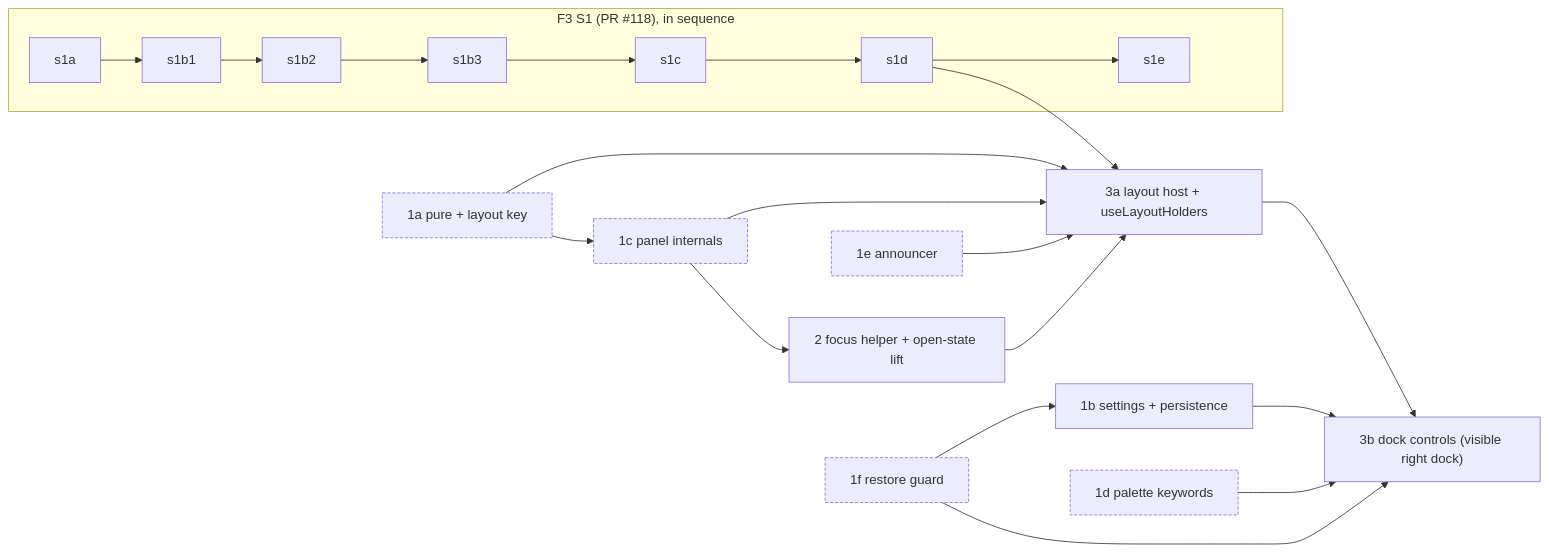
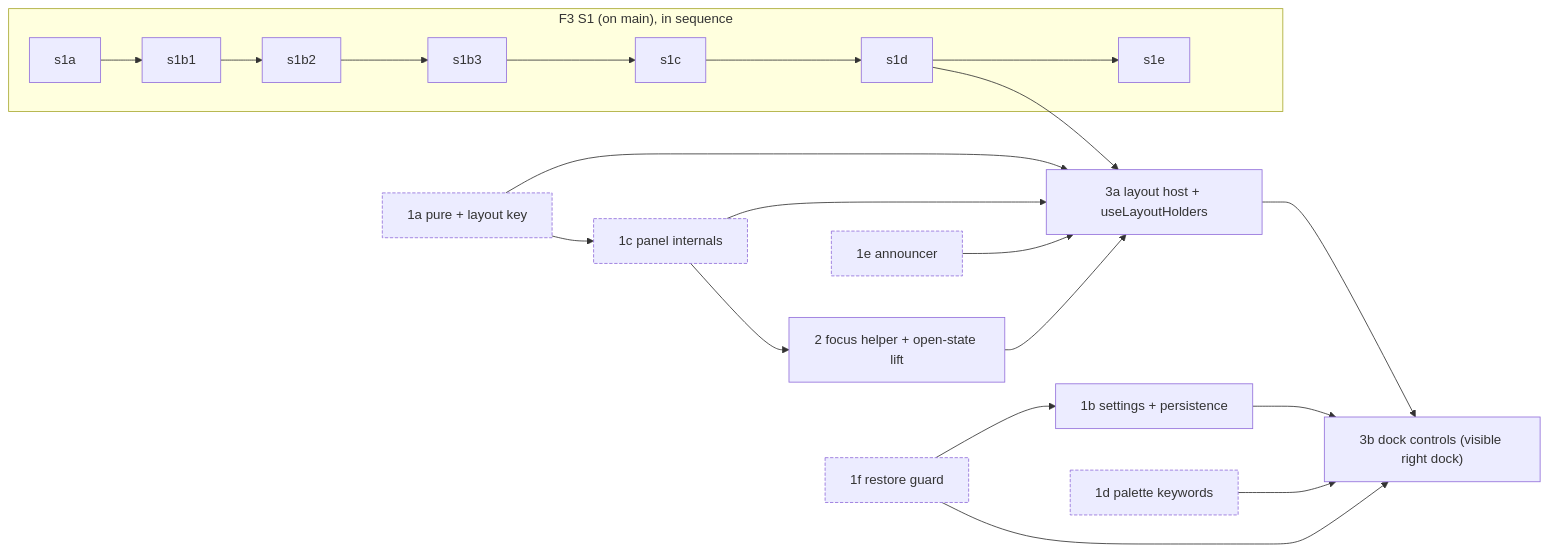
Before and after one commit to alvin-reyes/better-agentic-ide: the second of 2 diagrams in docs/superpowers/specs/2026-11-10-thoughts-panel-architecture.md, drawn with Mermaid. The commit also changed other lines of this file and 4 other files, not shown here.

Commit message:
Design: Thoughts panel dock architecture note revision 5 (delta review: restore flag never cleared after a success, restoredThisRun latch on resumeAutoSave, tests A-6b, A-10b and A-11, A-9 hardened, A-8 bounded waits, A-5 setup cwd, PR #118 merged, 1f to 1b reason)

````diff
--- a/docs/superpowers/specs/2026-11-10-thoughts-panel-architecture.md
+++ b/docs/superpowers/specs/2026-11-10-thoughts-panel-architecture.md
@@ -410,27 +495,27 @@
 ```mermaid
 flowchart LR
-  subgraph F3["F3 S1 (PR #118), in sequence"]
+  subgraph F3["F3 S1 (on main), in sequence"]
     s1a --> s1b1 --> s1b2 --> s1b3 --> s1c --> s1d --> s1e
   end
   T1a["1a pure + layout key"]:::any
   T1c["1c panel internals"]:::any
   T1d["1d palette keywords"]:::any
   T1e["1e announcer"]:::any
   T1f["1f restore guard"]:::any
   T1b["1b settings + persistence"]
   T2["2 focus helper + open-state lift"]
   T3a["3a layout host + useLayoutHolders"]
   T3b["3b dock controls (visible right dock)"]
   T1a --> T1c
   T1c --> T2
   s1d --> T3a --> T3b
   T1a --> T3a
   T1c --> T3a
   T1e --> T3a
   T2 --> T3a
   T1b --> T3b
   T1d --> T3b
   T1f --> T3b
   T1f --> T1b
   classDef any stroke-dasharray: 4 2
 ```
````
